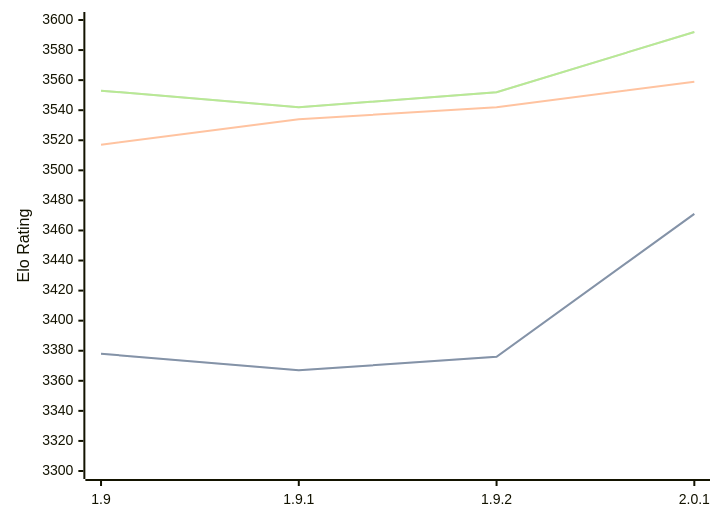
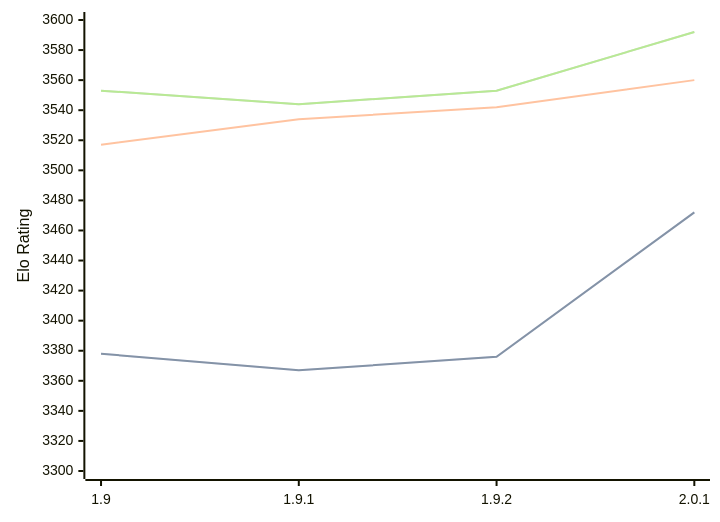
One commit to computer-chess-index/cci changed the diagram in engines/Pawnocchio.md. Above: the diagram before and after it, drawn with Mermaid. The commit also changed other lines of this file, not shown here.

Commit message:
Update CCI Ratings (ELO VLTC) - 2026-09-06

````diff
--- a/engines/Pawnocchio.md
+++ b/engines/Pawnocchio.md
@@ -36,11 +36,11 @@
 ```mermaid
 %%{init: {"theme":"base","themeVariables":{"seriesColors:['#a3a3a3','#222221','#faa371']}}}%%
 xychart-beta
   x-axis ["1.9", "1.9.1", "1.9.2", "2.0.1"]
   y-axis "Elo Rating" 3300 --> 3600
-  line "" [3378, 3367, 3376, 3471]
-  line "STC (8.0+0.08s)" [3378, 3367, 3376, 3471]
-  line "LTC (60.0+0.60s)" [3517, 3534, 3542, 3559]
-  line "" [3553, 3542, 3552, 3592]
-  line "VLTC (2m24s+1.12s)" [3553, 3542, 3552, 3592]
+  line "" [3378, 3367, 3376, 3472]
+  line "STC (8.0+0.08s)" [3378, 3367, 3376, 3472]
+  line "LTC (60.0+0.60s)" [3517, 3534, 3542, 3560]
+  line "" [3553, 3544, 3553, 3592]
+  line "VLTC (2m24s+1.12s)" [3553, 3544, 3553, 3592]
 ```
````
